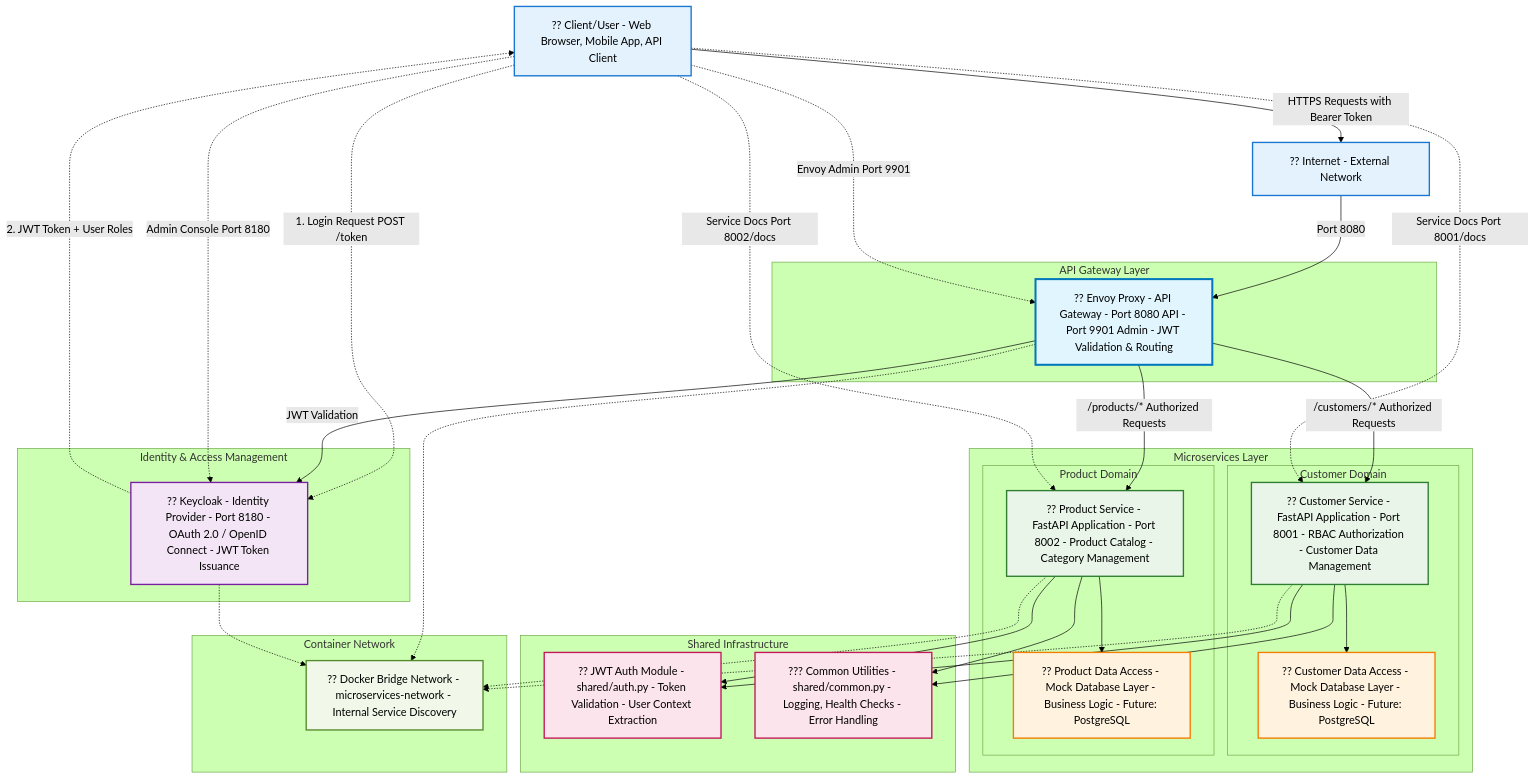
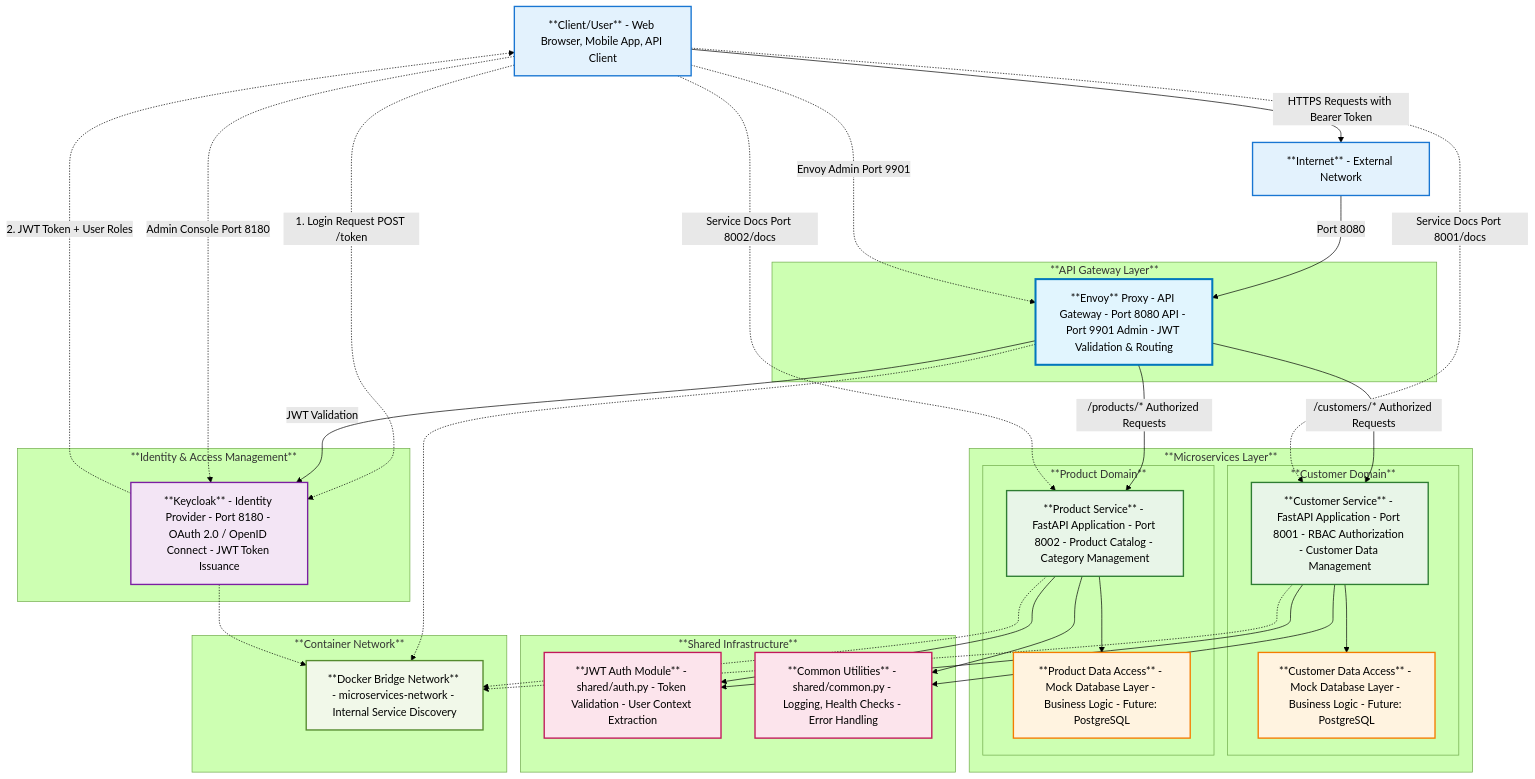
Before and after one commit to mgravi7/EnvoyPOC: the diagram in docs/architecture/system-architecture.md, drawn with Mermaid (forest theme). The commit also changed other lines of this file and 1 other file, not shown here.

Commit message:
Updated diagram and unicode/emoji issues

````diff
--- a/docs/architecture/system-architecture.md
+++ b/docs/architecture/system-architecture.md
@@ -7,45 +7,44 @@
 ```mermaid
 graph TB
     %% External Users
-    User[?? Client/User - Web Browser, Mobile App, API Client]
- 
+    User[**Client/User** - Web Browser, Mobile App, API Client]
+    
     %% External Internet
-    Internet[?? Internet - External Network]
+    Internet[**Internet** - External Network]
     
     %% API Gateway Layer
-    subgraph "API Gateway Layer"
-        Envoy[?? Envoy Proxy - API Gateway - Port 8080 API - Port 9901 Admin - JWT Validation & Routing]
+    subgraph "**API Gateway Layer**"
+        Envoy[**Envoy** Proxy - API Gateway - Port 8080 API - Port 9901 Admin - JWT Validation & Routing]
     end
     
     %% Authentication Layer
-    subgraph "Identity & Access Management"
-        Keycloak[?? Keycloak - Identity Provider - Port 8180 - OAuth 2.0 / OpenID Connect - JWT Token Issuance]
+    subgraph "**Identity & Access Management**"
+        Keycloak[**Keycloak** - Identity Provider - Port 8180 - OAuth 2.0 / OpenID Connect - JWT Token Issuance]
     end
 
     %% Microservices Layer
-    subgraph "Microservices Layer"
-subgraph "Customer Domain"
-          CustomerAPI[?? Customer Service - FastAPI Application - Port 8001 - RBAC Authorization - Customer Data Management]
-          CustomerData[?? Customer Data Access - Mock Database Layer - Business Logic - Future: PostgreSQL]
-  end
-        
-        subgraph "Product Domain"
-         ProductAPI[?? Product Service - FastAPI Application - Port 8002 - Product Catalog - Category Management]
-      ProductData[?? Product Data Access - Mock Database Layer - Business Logic - Future: PostgreSQL]
-    end
+    subgraph "**Microservices Layer**"
+        subgraph "**Customer Domain**"
+            CustomerAPI[**Customer Service** - FastAPI Application - Port 8001 - RBAC Authorization - Customer Data Management]
+            CustomerData[**Customer Data Access** - Mock Database Layer - Business Logic - Future: PostgreSQL]
+        end      
+        subgraph "**Product Domain**"
+            ProductAPI[**Product Service** - FastAPI Application - Port 8002 - Product Catalog - Category Management]
+            ProductData[**Product Data Access** - Mock Database Layer - Business Logic - Future: PostgreSQL]
+        end
     end
     
     %% Shared Infrastructure
-    subgraph "Shared Infrastructure"
-        AuthModule[?? JWT Auth Module - shared/auth.py - Token Validation - User Context Extraction]
-  CommonUtils[??? Common Utilities - shared/common.py - Logging, Health Checks - Error Handling]
+    subgraph "**Shared Infrastructure**"
+        AuthModule[**JWT Auth Module** - shared/auth.py - Token Validation - User Context Extraction]
+        CommonUtils[**Common Utilities** - shared/common.py - Logging, Health Checks - Error Handling]
     end
     
     %% Network
-    subgraph "Container Network"
-        Network[?? Docker Bridge Network - microservices-network - Internal Service Discovery]
+    subgraph "**Container Network**"
+        Network[**Docker Bridge Network** - microservices-network - Internal Service Discovery]
     end
-  
+    
     %% Data Flow Connections
     User -->|HTTPS Requests with Bearer Token| Internet
     Internet -->|Port 8080| Envoy
@@ -58,7 +57,7 @@
     Envoy -->|JWT Validation| Keycloak
     Envoy -->|/customers/* Authorized Requests| CustomerAPI
     Envoy -->|/products/* Authorized Requests| ProductAPI
-    
+
     %% Service Internal Flow
     CustomerAPI --> AuthModule
     CustomerAPI --> CustomerData
@@ -66,7 +65,7 @@
     
     ProductAPI --> AuthModule
     ProductAPI --> ProductData
-  ProductAPI --> CommonUtils
+    ProductAPI --> CommonUtils
     
     %% Network Connections
     Envoy -.-> Network
@@ -83,7 +82,7 @@
     %% Styling
     classDef gateway fill:#e1f5fe,stroke:#0277bd,stroke-width:3px
     classDef auth fill:#f3e5f5,stroke:#7b1fa2,stroke-width:2px
-classDef service fill:#e8f5e8,stroke:#2e7d32,stroke-width:2px
+    classDef service fill:#e8f5e8,stroke:#2e7d32,stroke-width:2px
     classDef data fill:#fff3e0,stroke:#f57c00,stroke-width:2px
     classDef shared fill:#fce4ec,stroke:#c2185b,stroke-width:2px
     classDef network fill:#f1f8e9,stroke:#558b2f,stroke-width:2px
@@ -93,7 +92,7 @@
     class Keycloak auth
     class CustomerAPI,ProductAPI service
     class CustomerData,ProductData data
- class AuthModule,CommonUtils shared
+    class AuthModule,CommonUtils shared
     class Network network
     class User,Internet external
 ```
````
